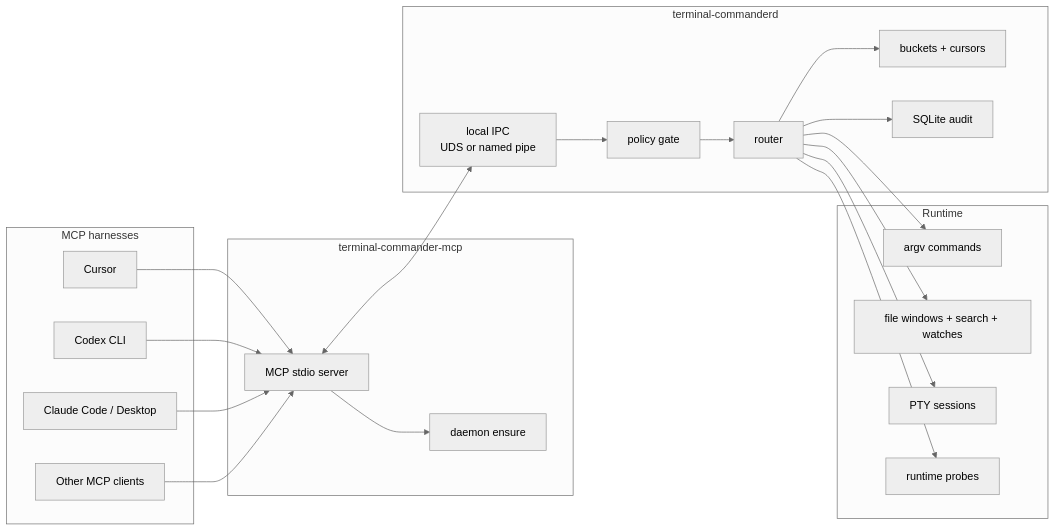
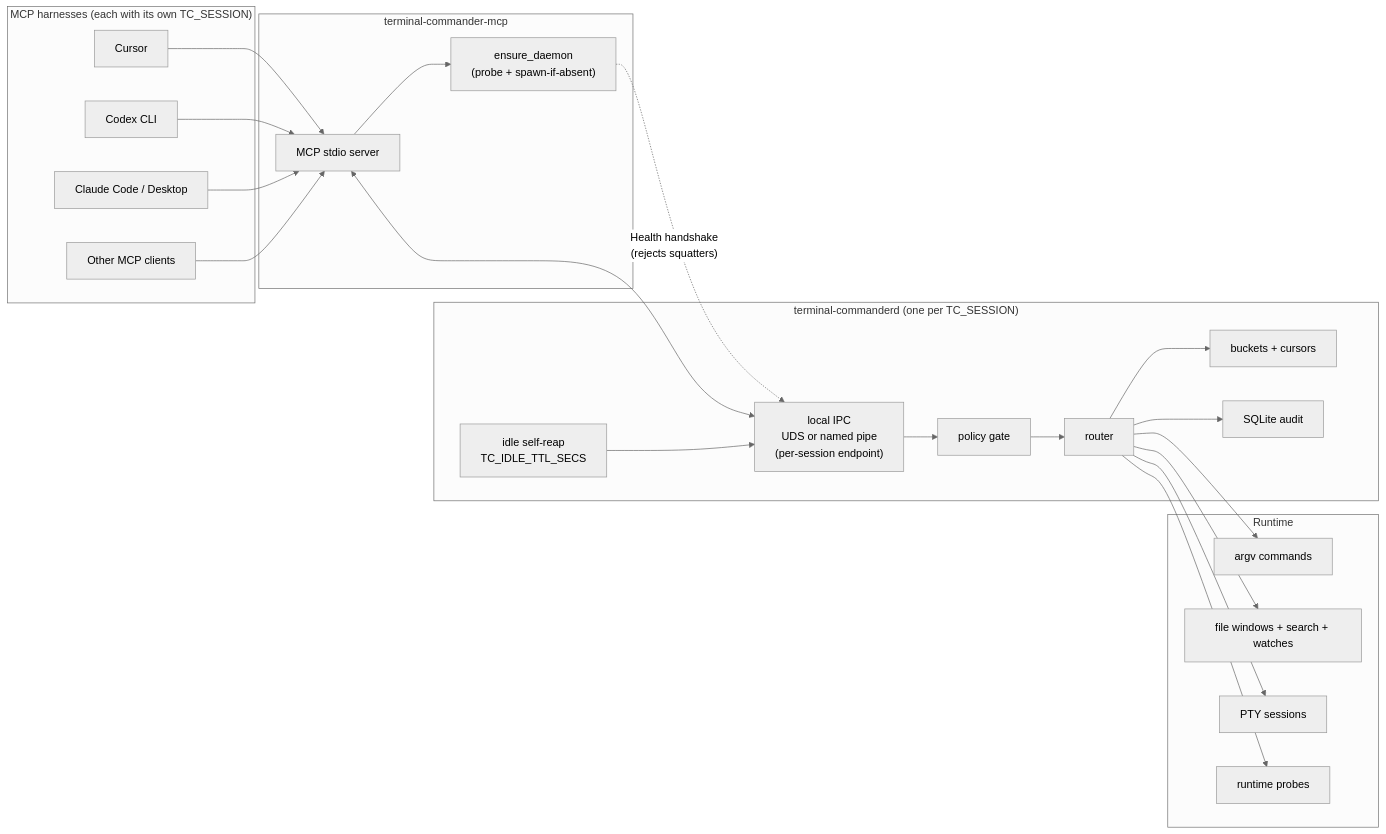
Before and after one commit to special-place-ai-heaven/terminal-commander: the first of 2 diagrams in README.md, drawn with Mermaid (neutral theme). The commit also changed other lines of this file, not shown here.

First line of the commit message:
docs(readme): rewrite to match shipped F1 + session supervisor

````diff
--- a/README.md
+++ b/README.md
@@ -117,44 +185,47 @@
 ```mermaid
 flowchart LR
-  subgraph harness["MCP harnesses"]
+  subgraph harness["MCP harnesses (each with its own TC_SESSION)"]
     Cursor["Cursor"]
     Codex["Codex CLI"]
     Claude["Claude Code / Desktop"]
     Other["Other MCP clients"]
   end
 
   subgraph adapter["terminal-commander-mcp"]
     MCP["MCP stdio server"]
-    Ensure["daemon ensure"]
+    Ensure["ensure_daemon\n(probe + spawn-if-absent)"]
   end
 
-  subgraph daemon["terminal-commanderd"]
-    IPC["local IPC\nUDS or named pipe"]
+  subgraph daemon["terminal-commanderd (one per TC_SESSION)"]
+    IPC["local IPC\nUDS or named pipe\n(per-session endpoint)"]
     Policy["policy gate"]
     Router["router"]
     Buckets["buckets + cursors"]
     Audit["SQLite audit"]
+    Idle["idle self-reap\nTC_IDLE_TTL_SECS"]
   end
 
   subgraph runtime["Runtime"]
     Commands["argv commands"]
     Files["file windows + search + watches"]
     Pty["PTY sessions"]
     Probes["runtime probes"]
   end
 
   Cursor --> MCP
   Codex --> MCP
   Claude --> MCP
   Other --> MCP
   MCP --> Ensure
+  Ensure -. "Health handshake\n(rejects squatters)" .-> IPC
   MCP <--> IPC
   IPC --> Policy
   Policy --> Router
   Router --> Commands
   Router --> Files
   Router --> Pty
   Router --> Probes
   Router --> Buckets
   Router --> Audit
+  Idle --> IPC
 ```
````
